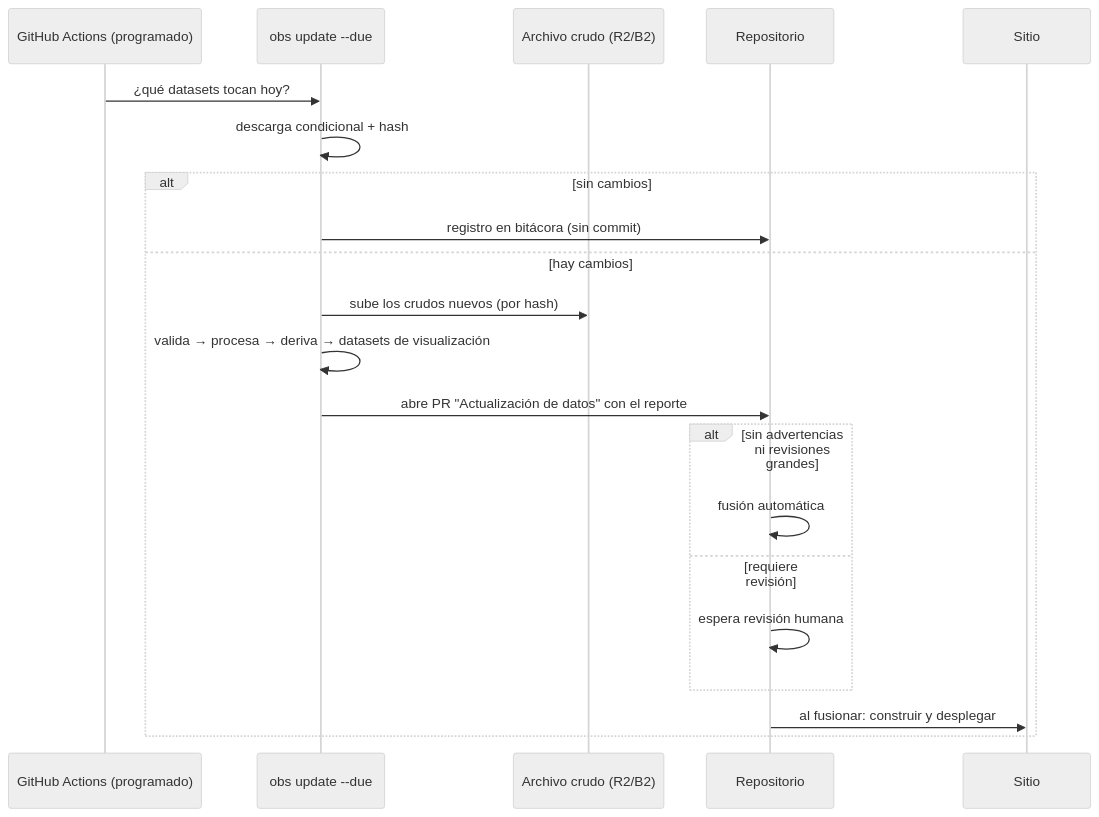
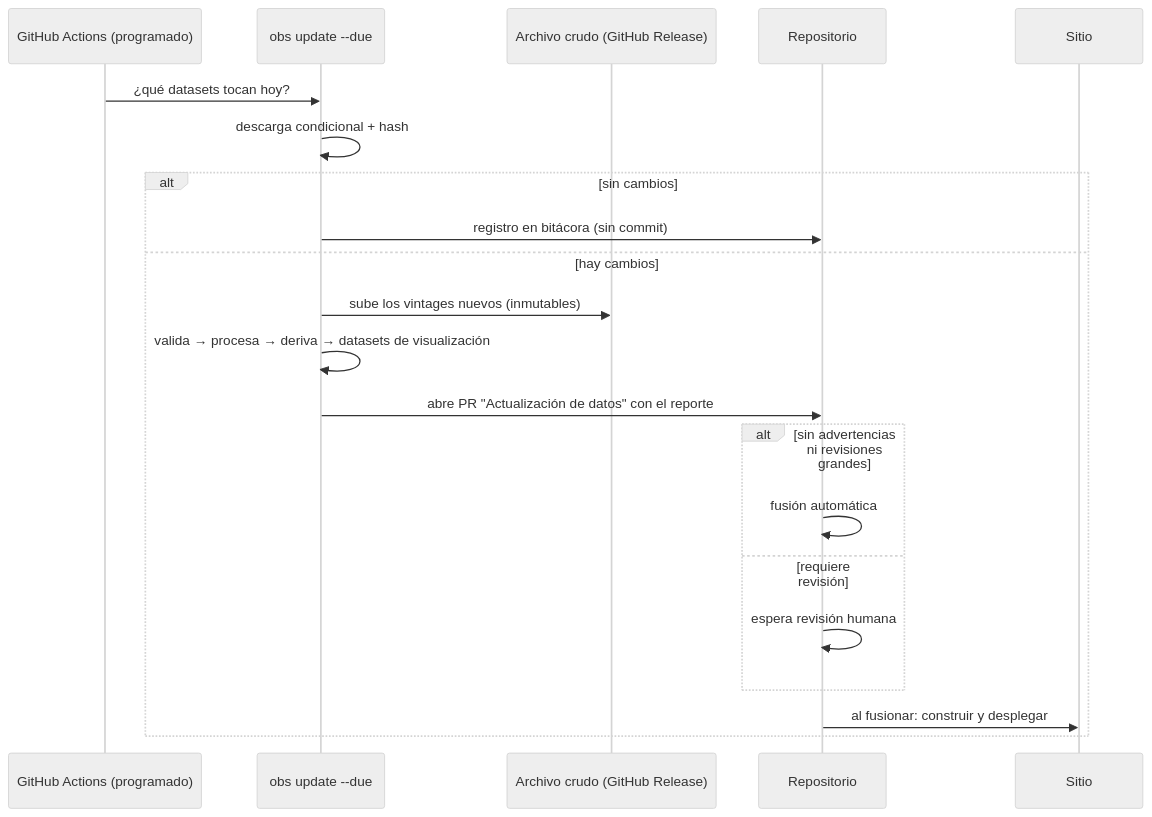
One commit to LuisBrise/observatorio-socioeconomico changed the diagram in docs/diseno/07-actualizacion.md. Above: the diagram before and after it, drawn with Mermaid (neutral theme). The commit also changed 71 other files, not shown here.

````diff
--- a/docs/diseno/07-actualizacion.md
+++ b/docs/diseno/07-actualizacion.md
@@ -28,24 +28,24 @@
 ```mermaid
 sequenceDiagram
   participant Cron as GitHub Actions (programado)
   participant OBS as obs update --due
-  participant R2 as Archivo crudo (R2/B2)
+  participant R2 as Archivo crudo (GitHub Release)
   participant Repo as Repositorio
   participant Site as Sitio
 
   Cron->>OBS: ¿qué datasets tocan hoy?
   OBS->>OBS: descarga condicional + hash
   alt sin cambios
     OBS->>Repo: registro en bitácora (sin commit)
   else hay cambios
-    OBS->>R2: sube los crudos nuevos (por hash)
+    OBS->>R2: sube los vintages nuevos (inmutables)
     OBS->>OBS: valida → procesa → deriva → datasets de visualización
     OBS->>Repo: abre PR "Actualización de datos" con el reporte
     alt sin advertencias ni revisiones grandes
       Repo->>Repo: fusión automática
     else requiere revisión
       Repo->>Repo: espera revisión humana
     end
     Repo->>Site: al fusionar: construir y desplegar
   end
 ```
````
